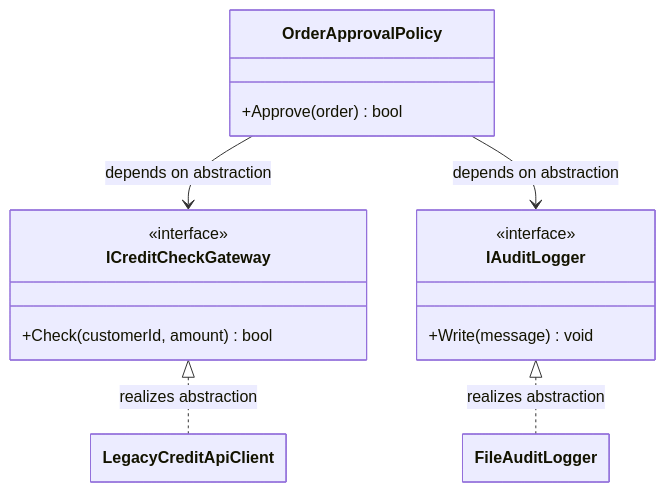
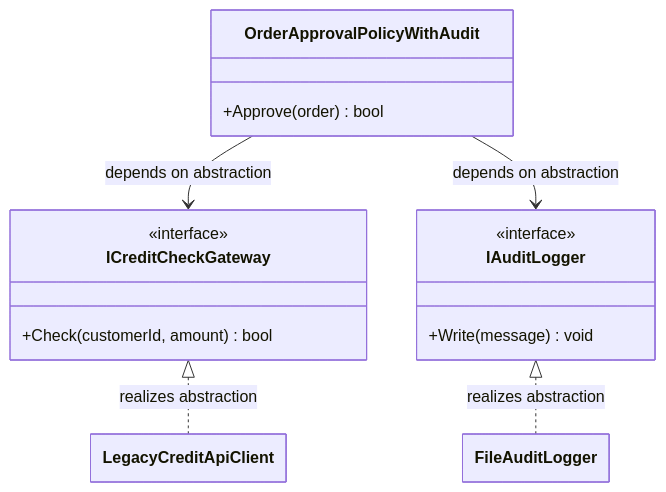
One commit to jeff-adkisson/swe-4743-spring-2026-oo-design changed the sixth of 7 diagrams in presentations/09-dependency-inversion-principle.md. Above: the diagram before and after it, drawn with Mermaid. The commit also changed other lines of this file, not shown here.

````diff
--- a/presentations/09-dependency-inversion-principle.md
+++ b/presentations/09-dependency-inversion-principle.md
@@ -339,28 +342,28 @@
 ```mermaid
 ---
   config:
     class:
       hideEmptyMembersBox: true
 ---
 classDiagram
 direction TB
 
 class ICreditCheckGateway {
   <<interface>>
   +Check(customerId, amount) bool
 }
 class IAuditLogger {
   <<interface>>
   +Write(message) void
 }
-class OrderApprovalPolicy {
+class OrderApprovalPolicyWithAudit {
   +Approve(order) bool
 }
 class LegacyCreditApiClient
 class FileAuditLogger
 
-OrderApprovalPolicy --> ICreditCheckGateway : depends on abstraction
-OrderApprovalPolicy --> IAuditLogger : depends on abstraction
+OrderApprovalPolicyWithAudit --> ICreditCheckGateway : depends on abstraction
+OrderApprovalPolicyWithAudit --> IAuditLogger : depends on abstraction
 ICreditCheckGateway <|.. LegacyCreditApiClient : realizes abstraction
 IAuditLogger <|.. FileAuditLogger : realizes abstraction
 ```
````
